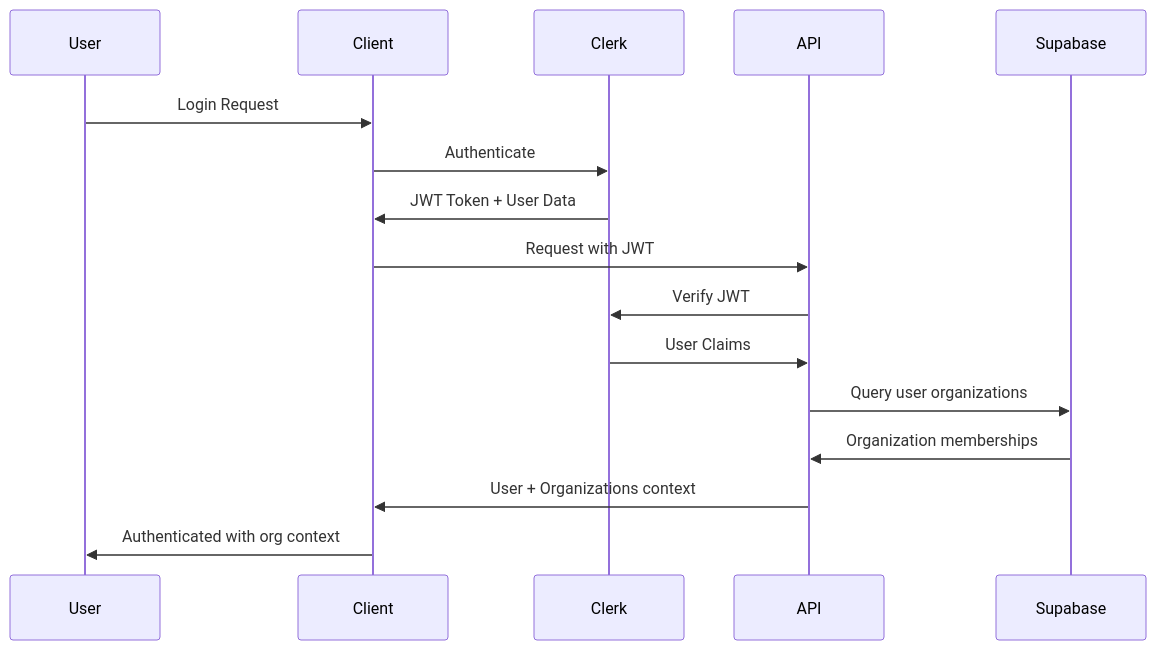
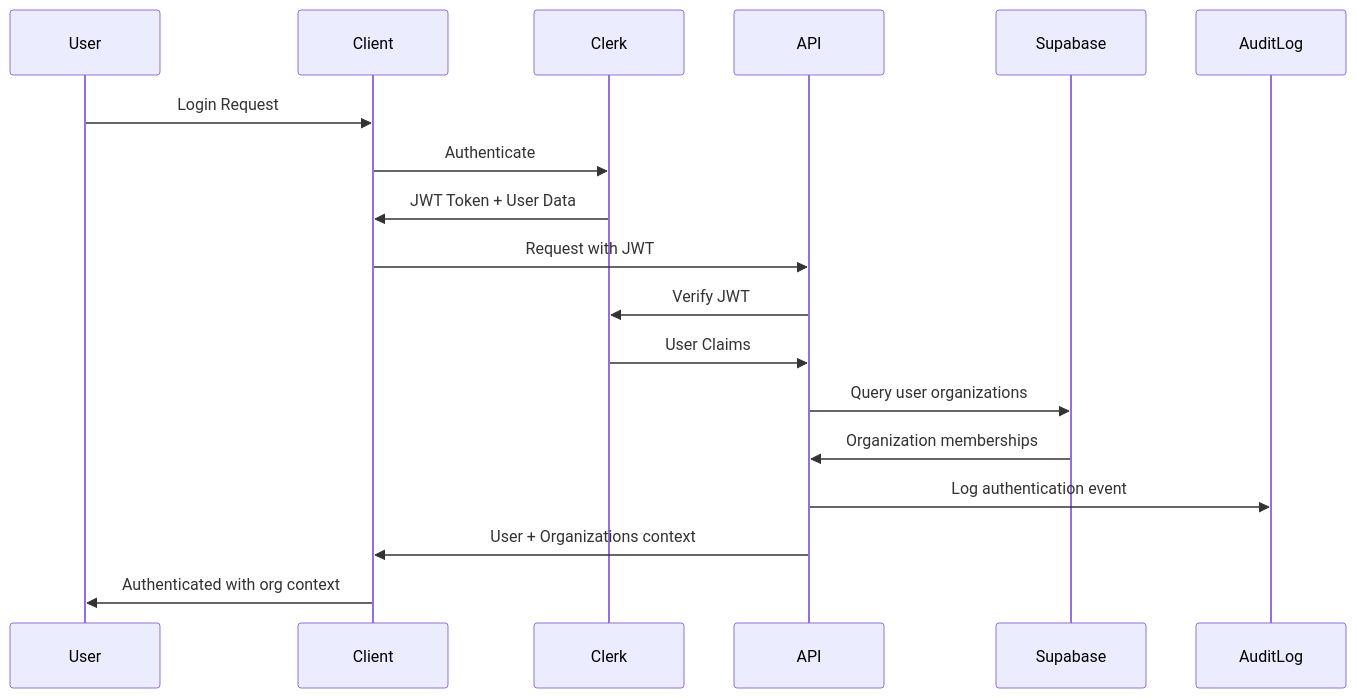
One commit to EtherealVisions/c9d-ai changed the second of 3 diagrams in .kiro/specs/account-management-organizational-modeling/design.md. Above: the diagram before and after it, drawn with Mermaid. The commit also changed other lines of this file and 52 other files, not shown here.

````diff
--- a/.kiro/specs/account-management-organizational-modeling/design.md
+++ b/.kiro/specs/account-management-organizational-modeling/design.md
@@ -40,19 +49,21 @@
 ```mermaid
 sequenceDiagram
     participant User
     participant Client
     participant Clerk
     participant API
     participant Supabase
+    participant AuditLog
     
     User->>Client: Login Request
     Client->>Clerk: Authenticate
     Clerk->>Client: JWT Token + User Data
     Client->>API: Request with JWT
     API->>Clerk: Verify JWT
     Clerk->>API: User Claims
     API->>Supabase: Query user organizations
     Supabase->>API: Organization memberships
+    API->>AuditLog: Log authentication event
     API->>Client: User + Organizations context
     Client->>User: Authenticated with org context
 ```
````
